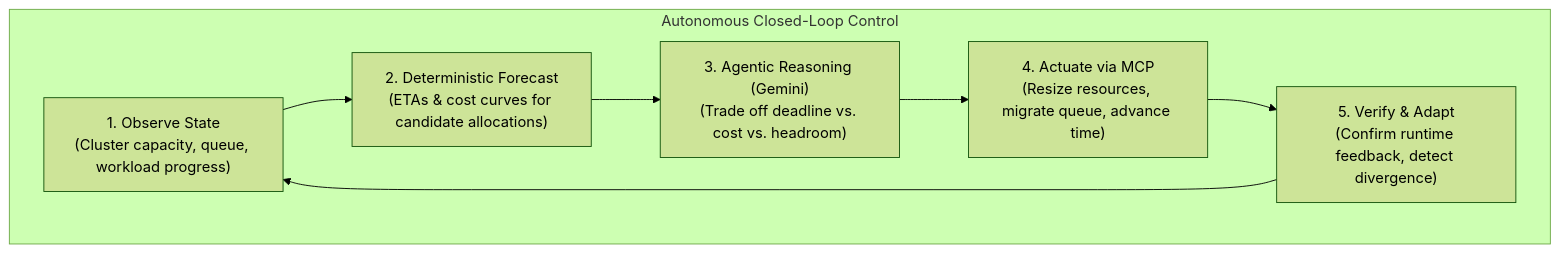
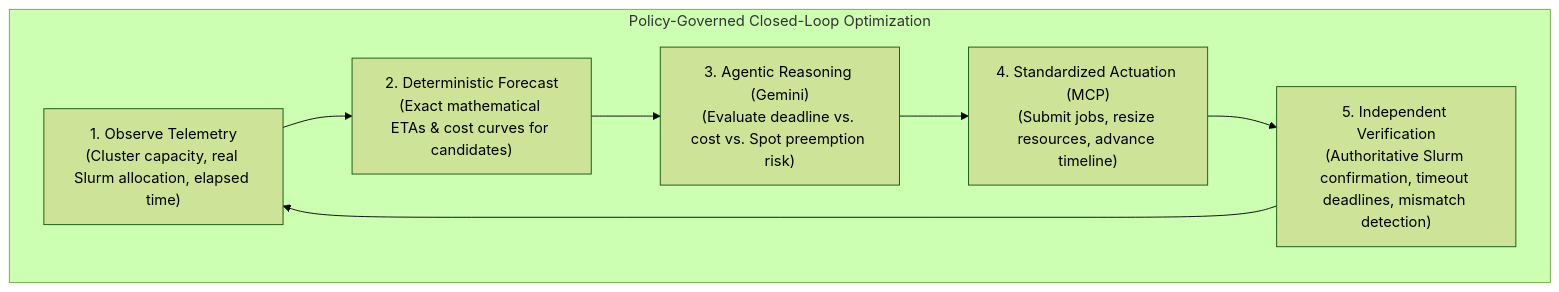
The first of 3 diagrams in README.md (samy-fadel/agentgrid), drawn with Mermaid (forest theme) before and after one commit. The commit also changed other lines of this file, not shown here.

First line of the commit message:
docs(readme): reposition control plane to objective-driven and add operator control modes

````diff
--- a/README.md
+++ b/README.md
@@ -42,10 +42,10 @@
 ```mermaid
 flowchart TD
-    subgraph Loop ["Autonomous Closed-Loop Control"]
-        A["1. Observe State<br/>(Cluster capacity, queue, workload progress)"] --> B["2. Deterministic Forecast<br/>(ETAs & cost curves for candidate allocations)"]
-        B --> C["3. Agentic Reasoning (Gemini)<br/>(Trade off deadline vs. cost vs. headroom)"]
-        C --> D["4. Actuate via MCP<br/>(Resize resources, migrate queue, advance time)"]
-        D --> E["5. Verify & Adapt<br/>(Confirm runtime feedback, detect divergence)"]
+    subgraph Loop ["Policy-Governed Closed-Loop Optimization"]
+        A["1. Observe Telemetry<br/>(Cluster capacity, real Slurm allocation, elapsed time)"] --> B["2. Deterministic Forecast<br/>(Exact mathematical ETAs & cost curves for candidates)"]
+        B --> C["3. Agentic Reasoning (Gemini)<br/>(Evaluate deadline vs. cost vs. Spot preemption risk)"]
+        C --> D["4. Standardized Actuation (MCP)<br/>(Submit jobs, resize resources, advance timeline)"]
+        D --> E["5. Independent Verification<br/>(Authoritative Slurm confirmation, timeout deadlines, mismatch detection)"]
         E --> A
     end
 ```
````
